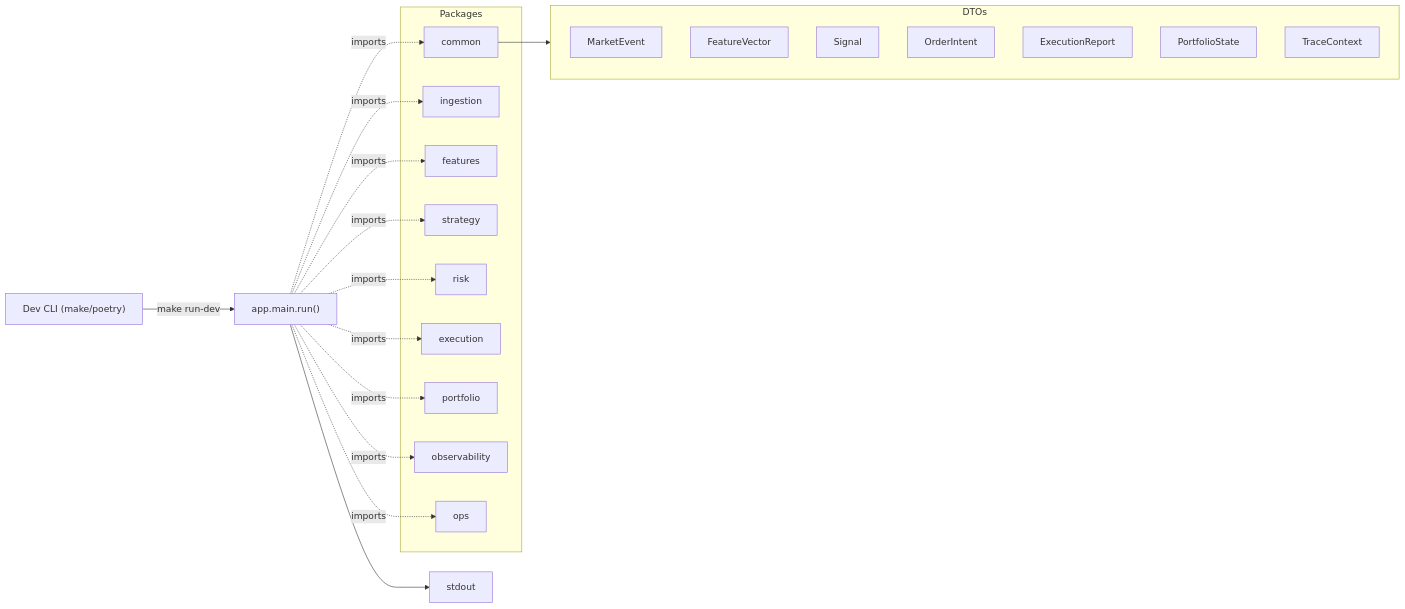
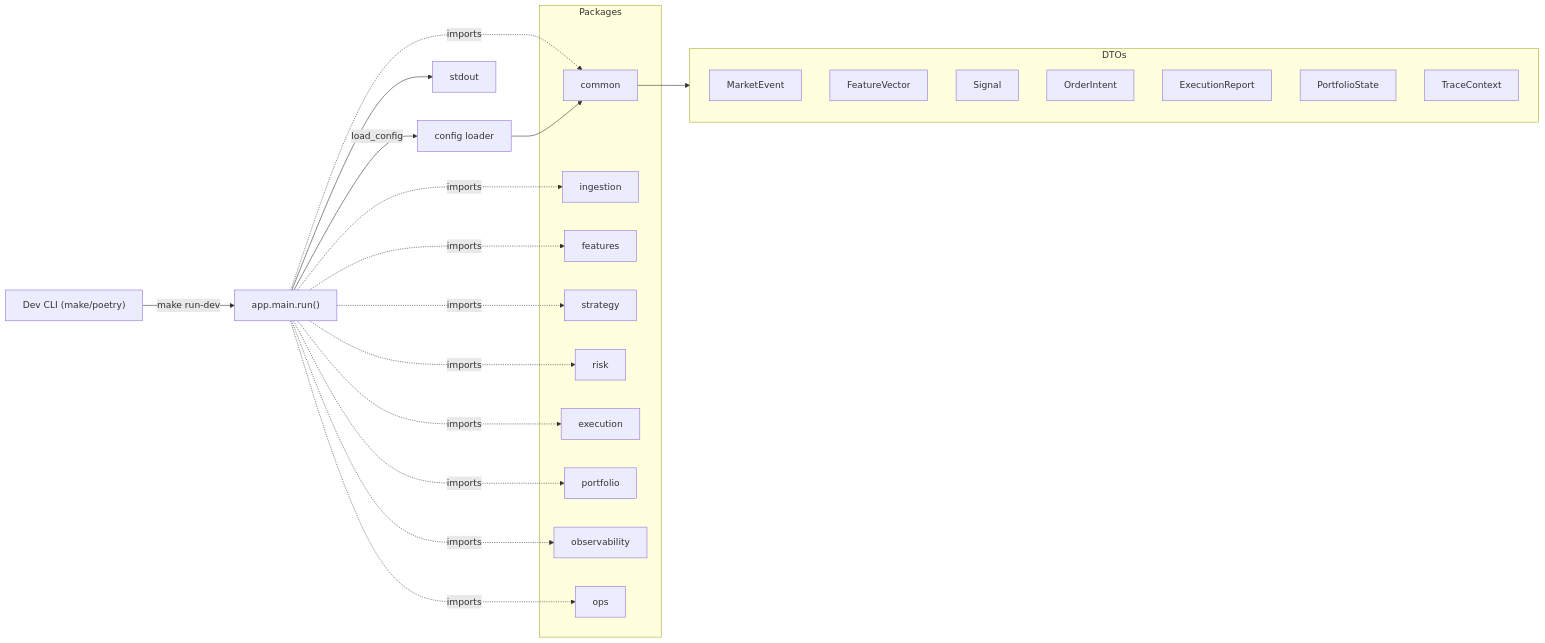
One commit to oscarlgarcia/MyTraderSystem changed the first of 3 diagrams in docs/architecture.md. Above: the diagram before and after it, drawn with Mermaid. The commit also changed other lines of this file and 8 other files, not shown here.

Commit message:
feat: add config loader with env-specific settings

````diff
--- a/docs/architecture.md
+++ b/docs/architecture.md
@@ -3,42 +3,45 @@
 ```mermaid
 flowchart LR
   Dev["Dev CLI (make/poetry)"]
   Main["app.main.run()"]
+  Config["config loader"]
   Stdout["stdout"]
 
   Dev -->|"make run-dev"| Main --> Stdout
+  Main -->|"load_config"| Config
 
 subgraph Packages
   common
   ingestion
   features
   strategy
   risk
   execution
   portfolio
   observability
   ops
 end
 
 Main -. imports .-> common
 Main -. imports .-> ingestion
 Main -. imports .-> features
 Main -. imports .-> strategy
 Main -. imports .-> risk
 Main -. imports .-> execution
 Main -. imports .-> portfolio
 Main -. imports .-> observability
 Main -. imports .-> ops
 
 subgraph DTOs
   MarketEvent
   FeatureVector
   Signal
   OrderIntent
   ExecutionReport
   PortfolioState
   TraceContext
 end
 
 common --> DTOs
+Config --> common
 ```
````
